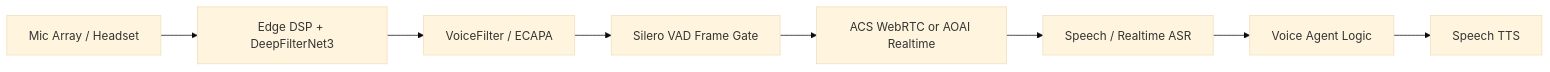
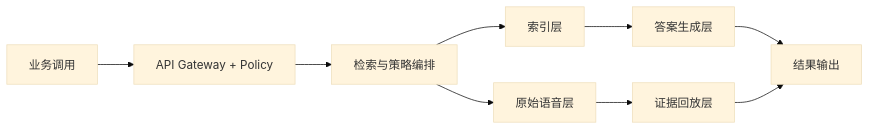
One commit to turbo998/ai-infra-lab changed the first of 2 diagrams in docs/azure-agent-infra/noisy-far-field-voice-agent-edge-deepfilternet-voicefilter-vs-acs-webrtc-speech-vs-aoai-realtime-selection-faq.md. Above: the diagram before and after it, drawn with Mermaid (base theme). The commit also changed other lines of this file and 5 other files, not shown here.

````diff
--- a/docs/azure-agent-infra/noisy-far-field-voice-agent-edge-deepfilternet-voicefilter-vs-acs-webrtc-speech-vs-aoai-realtime-selection-faq.md
+++ b/docs/azure-agent-infra/noisy-far-field-voice-agent-edge-deepfilternet-voicefilter-vs-acs-webrtc-speech-vs-aoai-realtime-selection-faq.md
@@ -40,10 +60,11 @@
 ```mermaid
 flowchart LR
-  Mic[Mic Array / Headset] --> Edge[Edge DSP + DeepFilterNet3]
-  Edge --> VF[VoiceFilter / ECAPA]
-  VF --> VAD[Silero VAD Frame Gate]
-  VAD --> RTC[ACS WebRTC or AOAI Realtime]
-  RTC --> STT[Speech / Realtime ASR]
-  STT --> Agent[Voice Agent Logic]
-  Agent --> TTS[Speech TTS]
+  User[业务调用] --> Gateway[API Gateway + Policy]
+  Gateway --> Planner[检索与策略编排]
+  Planner --> Index[索引层]
+  Planner --> Blob[原始语音层]
+  Index --> Answer[答案生成层]
+  Blob --> Evidence[证据回放层]
+  Answer --> Output[结果输出]
+  Evidence --> Output
 ```
````
